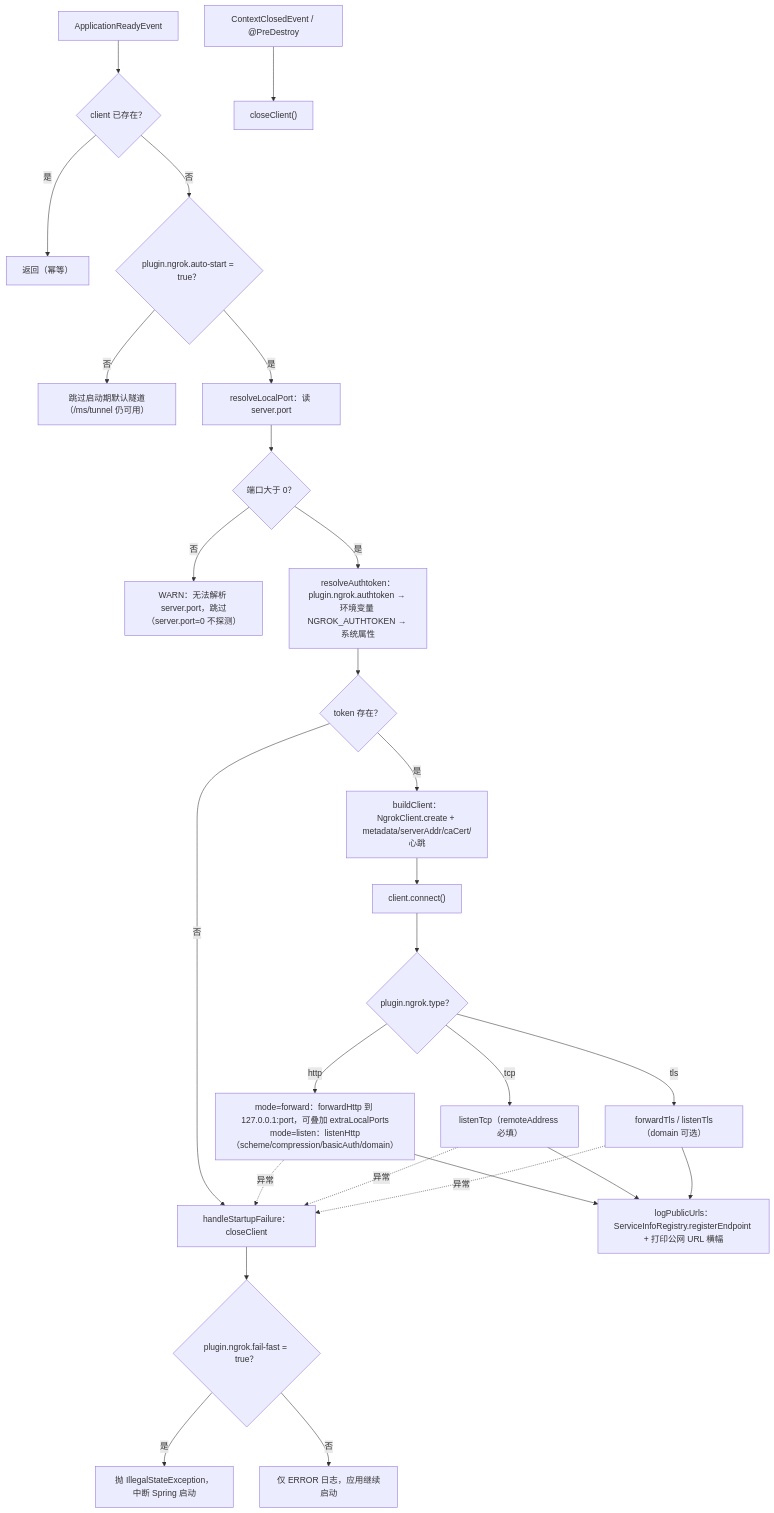
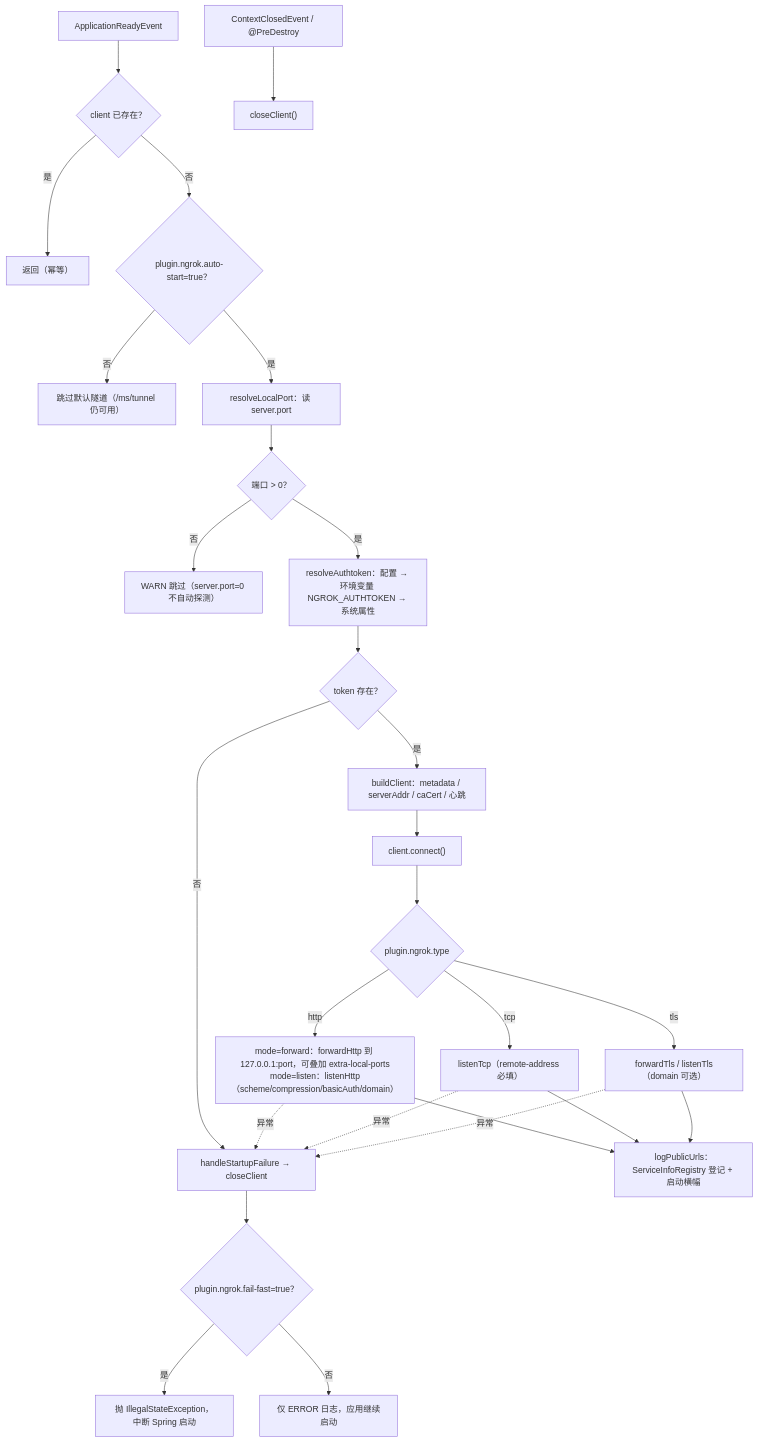
The second of 2 diagrams in spring-support-tunnel-ngrok-starter/README.md (CHTK001/spring-support-parent-starter), drawn with Mermaid before and after one commit. The commit also changed other lines of this file and 54 other files, not shown here.

````diff
--- a/spring-support-tunnel-ngrok-starter/README.md
+++ b/spring-support-tunnel-ngrok-starter/README.md
@@ -90,30 +47,29 @@
 ```mermaid
 flowchart TB
     A["ApplicationReadyEvent"] --> B{"client 已存在？"}
     B -->|是| Z["返回（幂等）"]
-    B -->|否| C{"plugin.ngrok.auto-start = true？"}
-    C -->|否| Z2["跳过启动期默认隧道（/ms/tunnel 仍可用）"]
+    B -->|否| C{"plugin.ngrok.auto-start=true？"}
+    C -->|否| Z2["跳过默认隧道（/ms/tunnel 仍可用）"]
     C -->|是| D["resolveLocalPort：读 server.port"]
-    D --> E{"端口大于 0？"}
-    E -->|否| Z3["WARN：无法解析 server.port，跳过（server.port=0 不探测）"]
-    E -->|是| F["resolveAuthtoken：plugin.ngrok.authtoken → 环境变量 NGROK_AUTHTOKEN → 系统属性"]
+    D --> E{"端口 > 0？"}
+    E -->|否| Z3["WARN 跳过（server.port=0 不自动探测）"]
+    E -->|是| F["resolveAuthtoken：配置 → 环境变量 NGROK_AUTHTOKEN → 系统属性"]
     F --> G{"token 存在？"}
-    G -->|否| Q["handleStartupFailure：closeClient"]
-    G -->|是| I["buildClient：NgrokClient.create + metadata/serverAddr/caCert/心跳"]
+    G -->|否| Q["handleStartupFailure → closeClient"]
+    G -->|是| I["buildClient：metadata / serverAddr / caCert / 心跳"]
     I --> J["client.connect()"]
-    J --> K{"plugin.ngrok.type？"}
-    K -->|http| L["mode=forward：forwardHttp 到 127.0.0.1:port，可叠加 extraLocalPorts<br/>mode=listen：listenHttp（scheme/compression/basicAuth/domain）"]
-    K -->|tcp| M["listenTcp（remoteAddress 必填）"]
+    J --> K{"plugin.ngrok.type"}
+    K -->|http| L["mode=forward：forwardHttp 到 127.0.0.1:port，可叠加 extra-local-ports<br/>mode=listen：listenHttp（scheme/compression/basicAuth/domain）"]
+    K -->|tcp| M["listenTcp（remote-address 必填）"]
     K -->|tls| N["forwardTls / listenTls（domain 可选）"]
-    L --> O["logPublicUrls：ServiceInfoRegistry.registerEndpoint + 打印公网 URL 横幅"]
+    L --> O["logPublicUrls：ServiceInfoRegistry 登记 + 启动横幅"]
     M --> O
     N --> O
     L -.异常.-> Q
     M -.异常.-> Q
     N -.异常.-> Q
-    Q --> R{"plugin.ngrok.fail-fast = true？"}
+    Q --> R{"plugin.ngrok.fail-fast=true？"}
     R -->|是| S["抛 IllegalStateException，中断 Spring 启动"]
     R -->|否| T["仅 ERROR 日志，应用继续启动"]
-
     CLOSE["ContextClosedEvent / @PreDestroy"] --> CC["closeClient()"]
 ```
````
